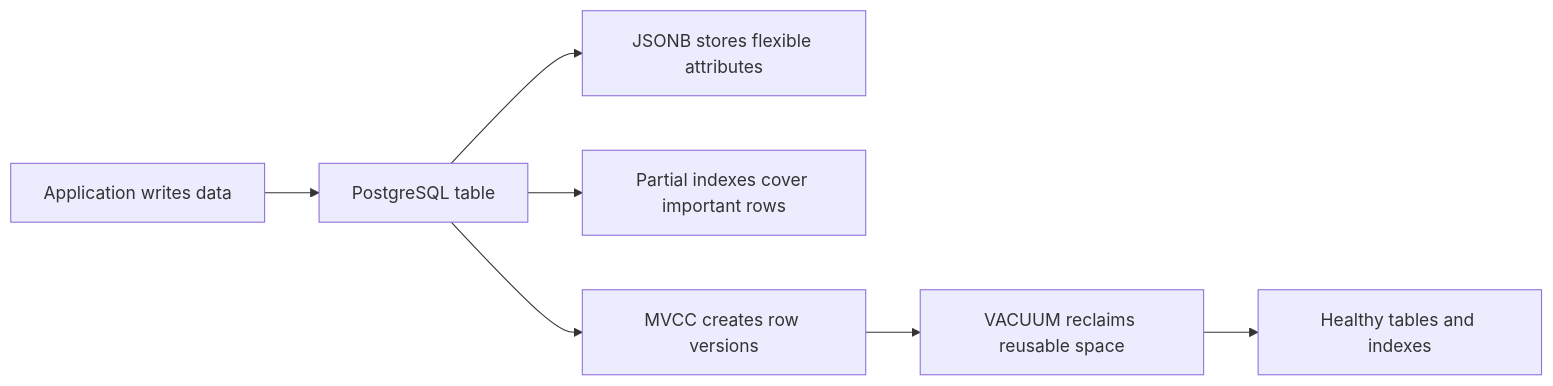
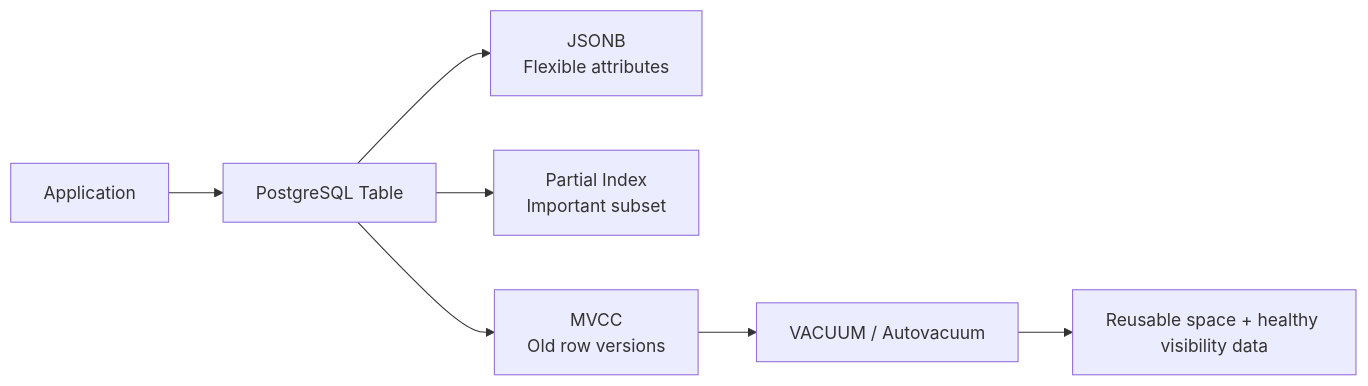
The first of 3 diagrams in src/content/databases/postgresql-jsonb-partial-index-vacuum.md (AvadhBhalodiya/Interview-Preparation), drawn with Mermaid before and after one commit. The commit also changed other lines of this file and 80 other files, not shown here.

````diff
--- a/src/content/databases/postgresql-jsonb-partial-index-vacuum.md
+++ b/src/content/databases/postgresql-jsonb-partial-index-vacuum.md
@@ -24,9 +36,9 @@
 ```mermaid
 flowchart LR
-    A[Application writes data] --> B[PostgreSQL table]
-    B --> C[JSONB stores flexible attributes]
-    B --> D[Partial indexes cover important rows]
-    B --> E[MVCC creates row versions]
-    E --> F[VACUUM reclaims reusable space]
-    F --> G[Healthy tables and indexes]
+    A[Application] --> B[PostgreSQL Table]
+    B --> C[JSONB<br/>Flexible attributes]
+    B --> D[Partial Index<br/>Important subset]
+    B --> E[MVCC<br/>Old row versions]
+    E --> F[VACUUM / Autovacuum]
+    F --> G[Reusable space + healthy visibility data]
 ```
````
